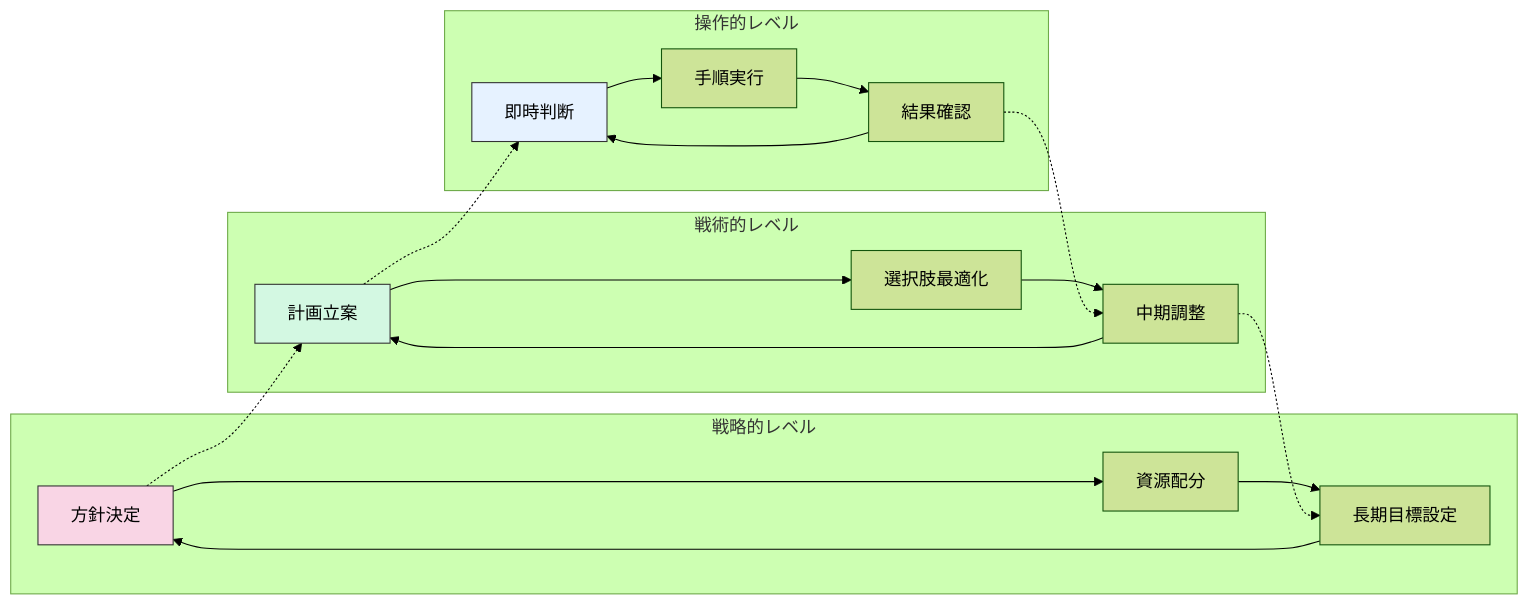
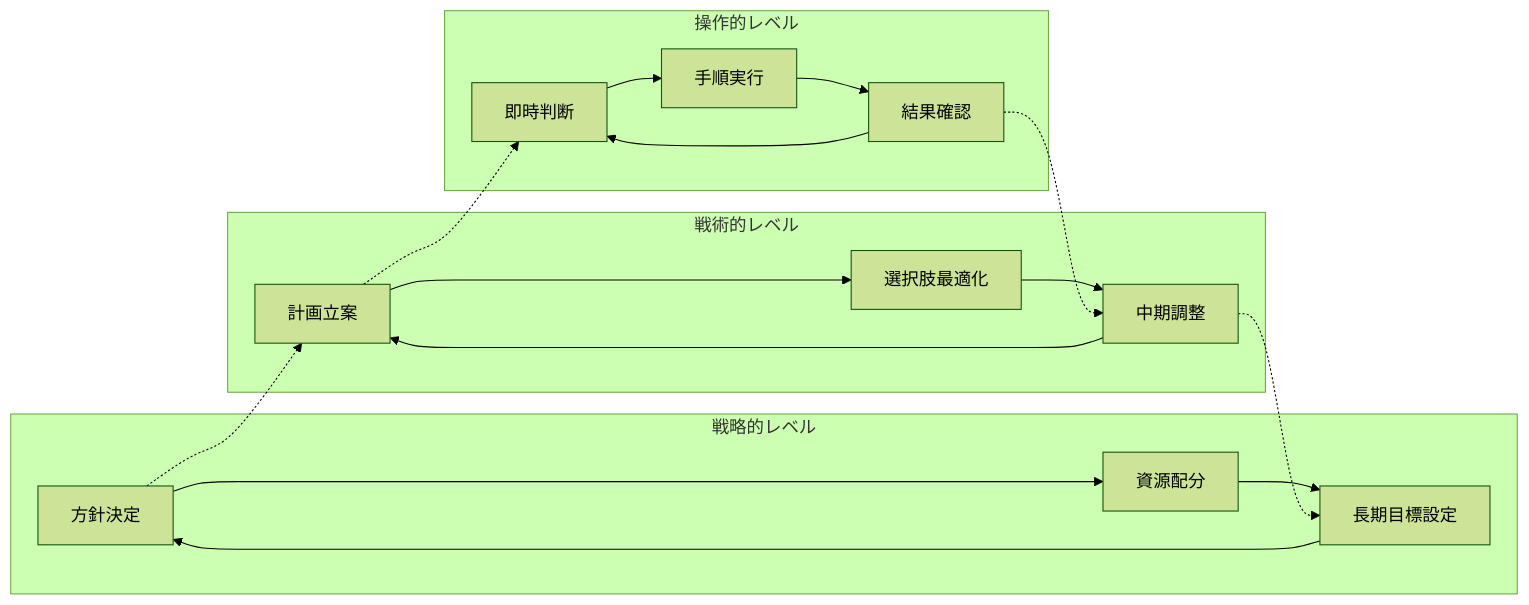
The third of 4 diagrams in docs/decision-making-guide/index.md (shuji-bonji/Situational-Awareness-and-Decision-Making), drawn with Mermaid (forest theme) before and after one commit. The commit also changed other lines of this file and 49 other files, not shown here.

Commit message:
fix: ダークモードで見づらい図の色の変更

````diff
--- a/docs/decision-making-guide/index.md
+++ b/docs/decision-making-guide/index.md
@@ -159,29 +159,29 @@
 ```mermaid
 graph LR
     subgraph 戦略的レベル
         A[方針決定] --> B[資源配分]
         B --> C[長期目標設定]
         C --> A
     end
     
     subgraph 戦術的レベル
         D[計画立案] --> E[選択肢最適化]
         E --> F[中期調整]
         F --> D
     end
     
     subgraph 操作的レベル
         G[即時判断] --> H[手順実行]
         H --> I[結果確認]
         I --> G
     end
     
     A -.-> D
     D -.-> G
     I -.-> F
     F -.-> C
     
-    style A fill:#f9d5e5,stroke:#333
-    style D fill:#d3f8e2,stroke:#333
-    style G fill:#e6f2ff,stroke:#333
+
+
+
 ```
````
